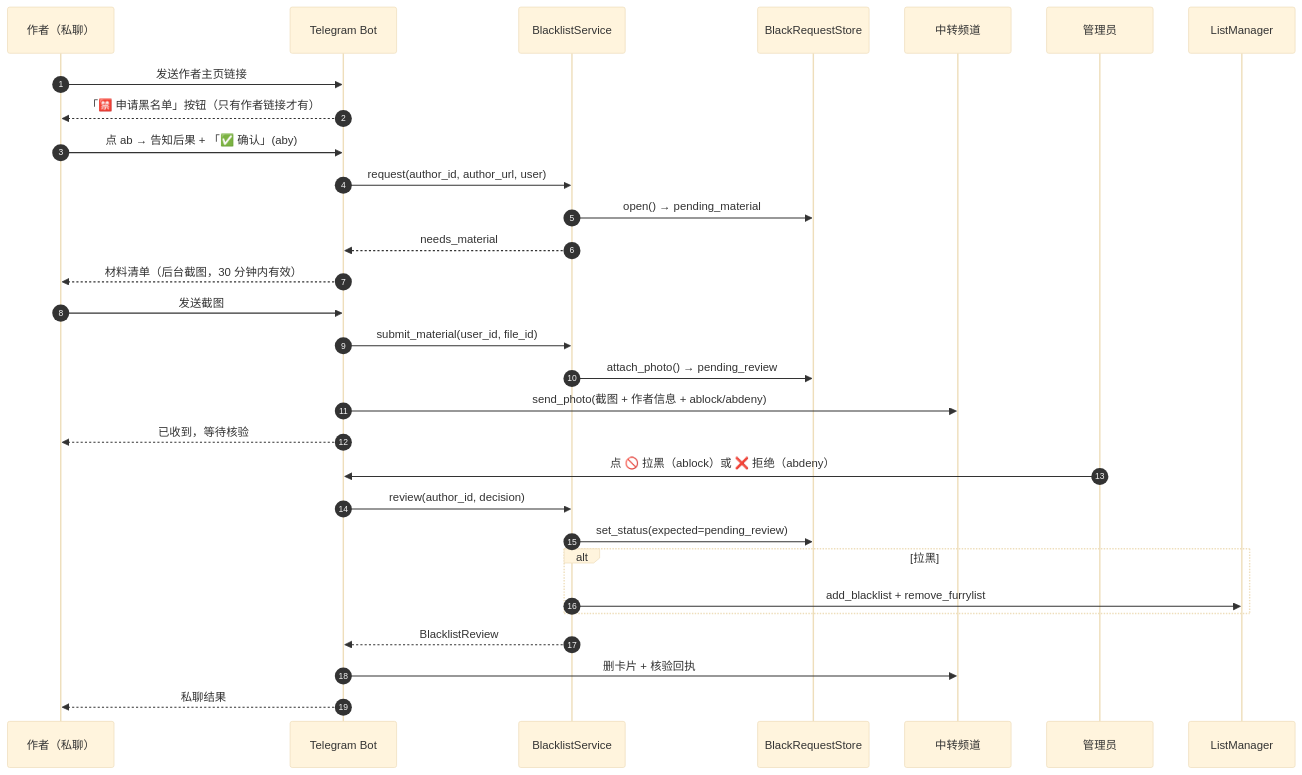
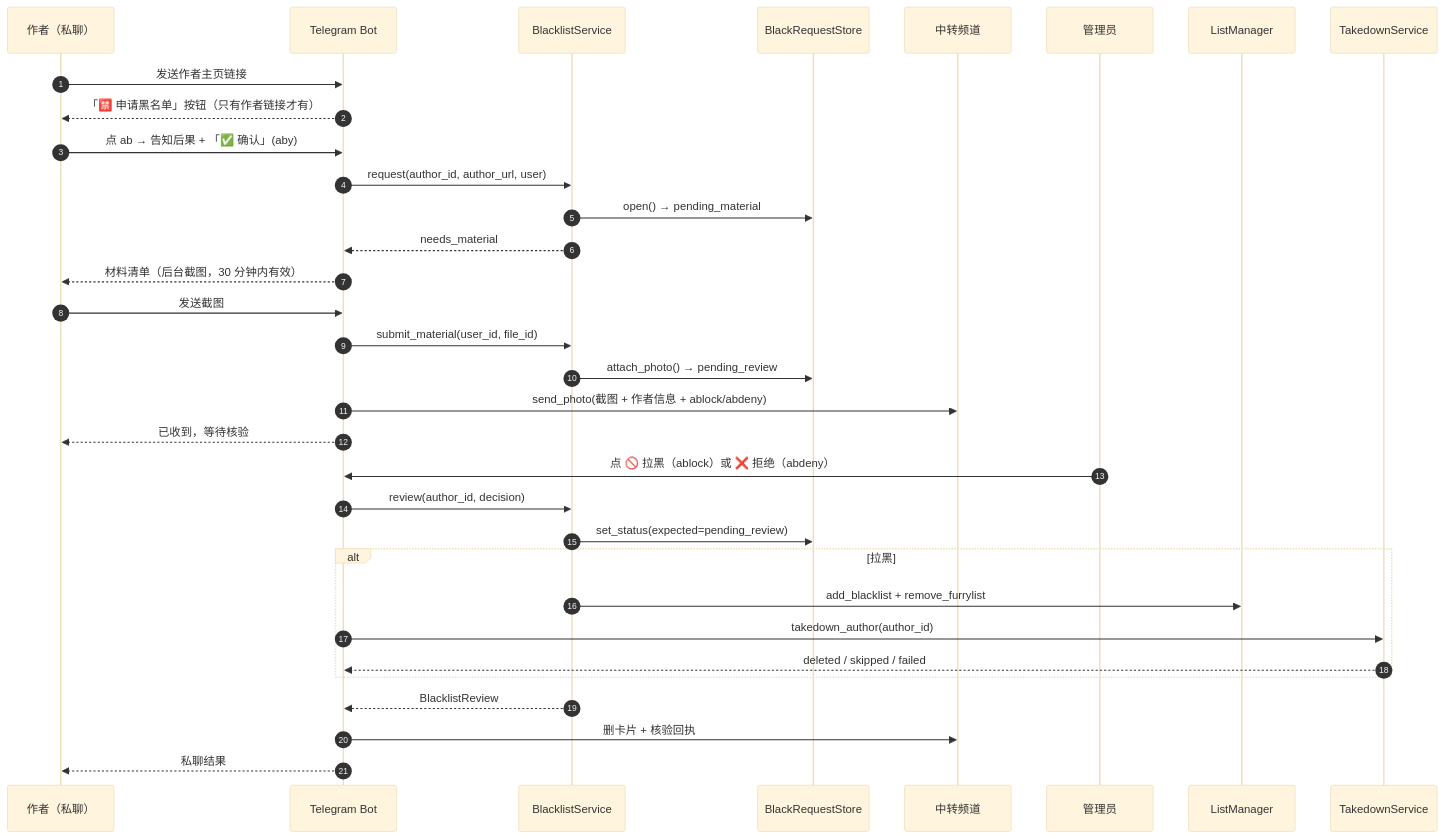
Before and after one commit to DowneyRem/FurryReadingBot: the fourth of 4 diagrams in docs/05-运行时序.md, drawn with Mermaid (base theme). The commit also changed other lines of this file and 5 other files, not shown here.

````diff
--- a/docs/05-运行时序.md
+++ b/docs/05-运行时序.md
@@ -189,35 +189,38 @@
 ```mermaid
 sequenceDiagram
     autonumber
     participant author as 作者（私聊）
     participant telegramBot as Telegram Bot
     participant blacklistService as BlacklistService
     participant blackRequests as BlackRequestStore
     participant transit as 中转频道
     participant admin as 管理员
     participant listManager as ListManager
+    participant takedown as TakedownService
 
     author->>telegramBot: 发送作者主页链接
     telegramBot-->>author: 「🈲 申请黑名单」按钮（只有作者链接才有）
     author->>telegramBot: 点 ab → 告知后果 + 「✅ 确认」(aby)
     telegramBot->>blacklistService: request(author_id, author_url, user)
     blacklistService->>blackRequests: open() → pending_material
     blacklistService-->>telegramBot: needs_material
     telegramBot-->>author: 材料清单（后台截图，30 分钟内有效）
 
     author->>telegramBot: 发送截图
     telegramBot->>blacklistService: submit_material(user_id, file_id)
     blacklistService->>blackRequests: attach_photo() → pending_review
     telegramBot->>transit: send_photo(截图 + 作者信息 + ablock/abdeny)
     telegramBot-->>author: 已收到，等待核验
 
     admin->>telegramBot: 点 🚫 拉黑（ablock）或 ❌ 拒绝（abdeny）
     telegramBot->>blacklistService: review(author_id, decision)
     blacklistService->>blackRequests: set_status(expected=pending_review)
     alt 拉黑
         blacklistService->>listManager: add_blacklist + remove_furrylist
+        telegramBot->>takedown: takedown_author(author_id)
+        takedown-->>telegramBot: deleted / skipped / failed
     end
     blacklistService-->>telegramBot: BlacklistReview
     telegramBot->>transit: 删卡片 + 核验回执
     telegramBot-->>author: 私聊结果
 ```
````
